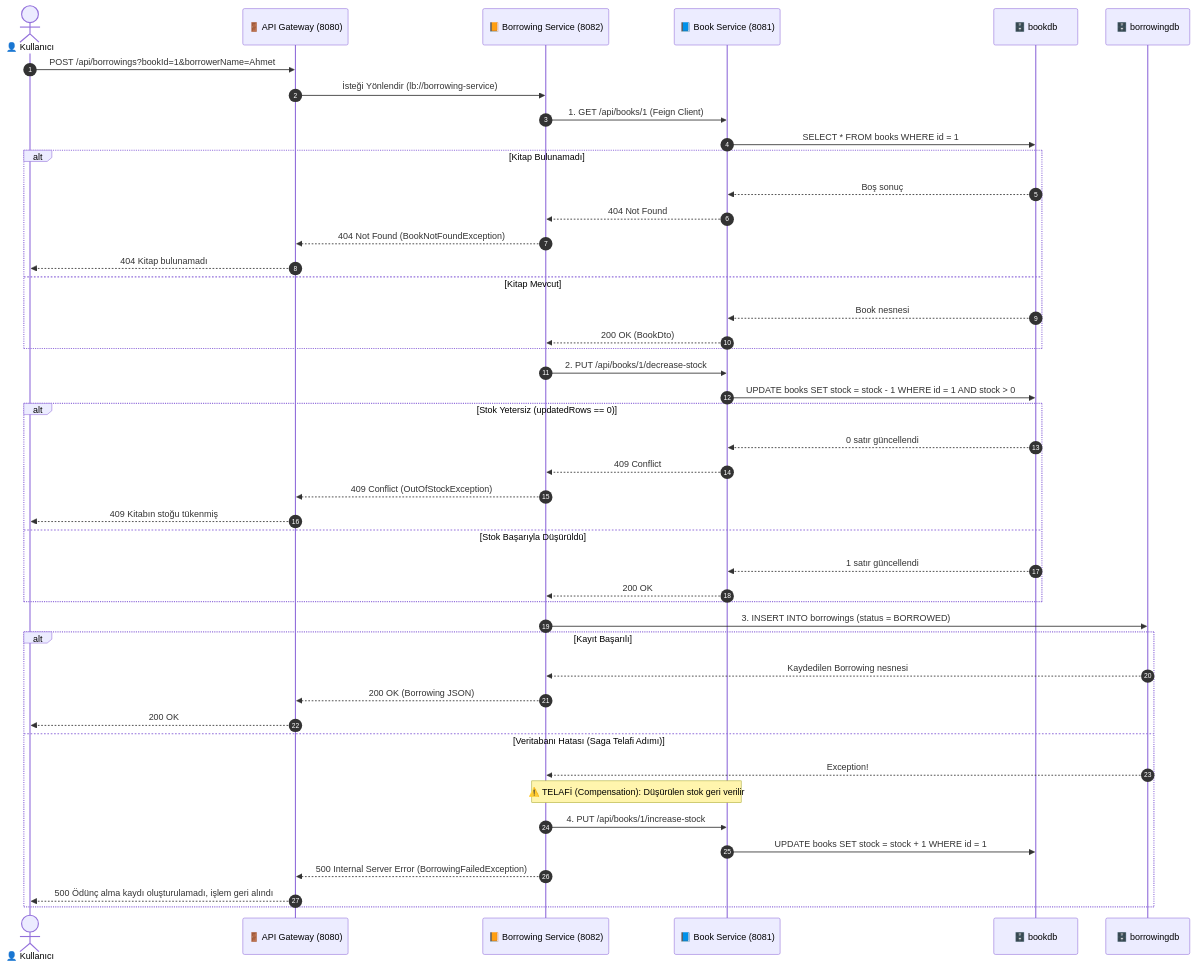
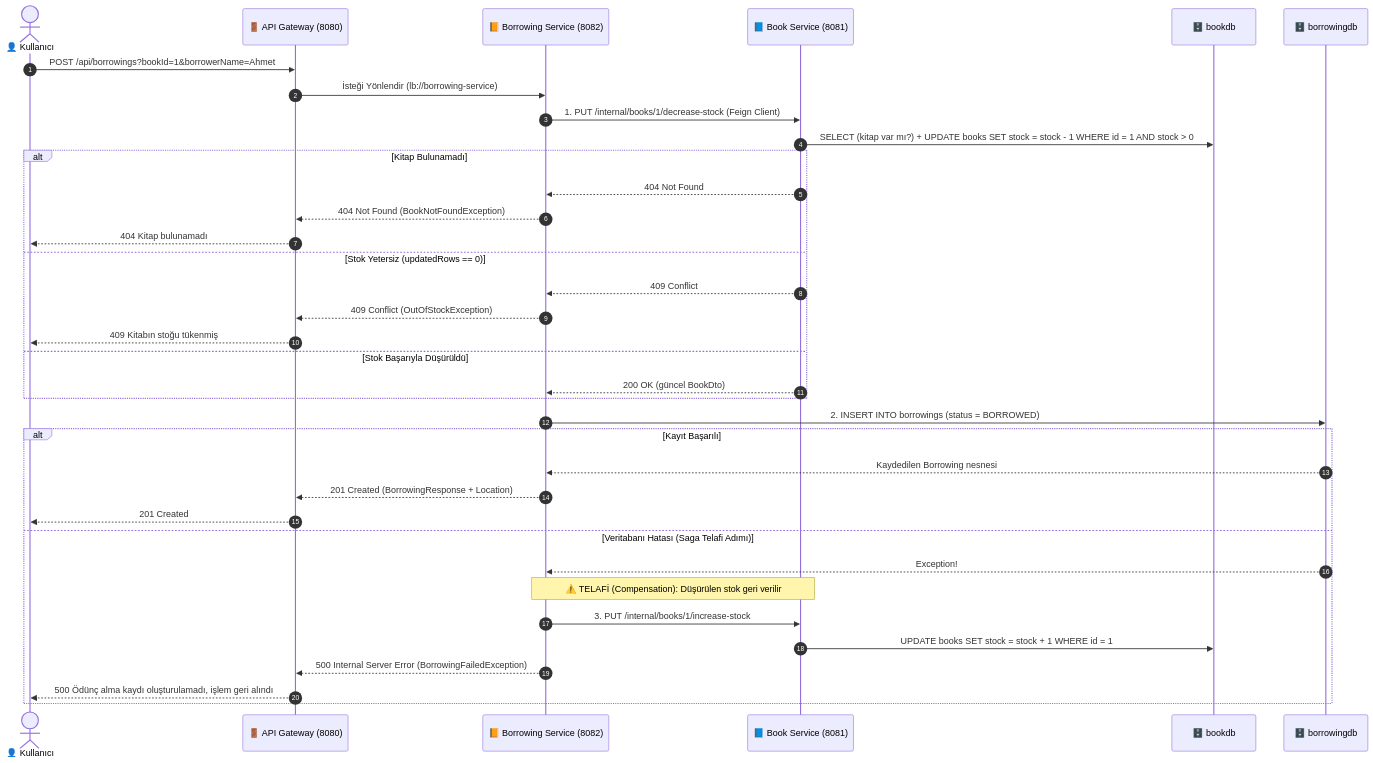
The second of 3 diagrams in README.md (eminortaca/kutuphane-mikroservis), drawn with Mermaid before and after one commit. The commit also changed other lines of this file and 14 other files, not shown here.

First line of the commit message:
refactor: faz 0 iyilestirmeleri, internal stok endpointleri ve response DTO'lar eklendi

````diff
--- a/README.md
+++ b/README.md
@@ -184,51 +189,41 @@
 ```mermaid
 sequenceDiagram
     autonumber
     actor User as 👤 Kullanıcı
     participant GW as 🚪 API Gateway (8080)
     participant BRS as 📙 Borrowing Service (8082)
     participant BS as 📘 Book Service (8081)
     participant BookDB as 🗄️ bookdb
     participant BorrowDB as 🗄️ borrowingdb
 
     User->>GW: POST /api/borrowings?bookId=1&borrowerName=Ahmet
     GW->>BRS: İsteği Yönlendir (lb://borrowing-service)
     
-    BRS->>BS: 1. GET /api/books/1 (Feign Client)
-    BS->>BookDB: SELECT * FROM books WHERE id = 1
+    BRS->>BS: 1. PUT /internal/books/1/decrease-stock (Feign Client)
+    BS->>BookDB: SELECT (kitap var mı?) + UPDATE books SET stock = stock - 1 WHERE id = 1 AND stock > 0
     alt Kitap Bulunamadı
-        BookDB-->>BS: Boş sonuç
         BS-->>BRS: 404 Not Found
         BRS-->>GW: 404 Not Found (BookNotFoundException)
         GW-->>User: 404 Kitap bulunamadı
-    else Kitap Mevcut
-        BookDB-->>BS: Book nesnesi
-        BS-->>BRS: 200 OK (BookDto)
-    end
-
-    BRS->>BS: 2. PUT /api/books/1/decrease-stock
-    BS->>BookDB: UPDATE books SET stock = stock - 1 WHERE id = 1 AND stock > 0
-    alt Stok Yetersiz (updatedRows == 0)
-        BookDB-->>BS: 0 satır güncellendi
+    else Stok Yetersiz (updatedRows == 0)
         BS-->>BRS: 409 Conflict
         BRS-->>GW: 409 Conflict (OutOfStockException)
         GW-->>User: 409 Kitabın stoğu tükenmiş
     else Stok Başarıyla Düşürüldü
-        BookDB-->>BS: 1 satır güncellendi
-        BS-->>BRS: 200 OK
+        BS-->>BRS: 200 OK (güncel BookDto)
     end
 
-    BRS->>BorrowDB: 3. INSERT INTO borrowings (status = BORROWED)
+    BRS->>BorrowDB: 2. INSERT INTO borrowings (status = BORROWED)
     alt Kayıt Başarılı
         BorrowDB-->>BRS: Kaydedilen Borrowing nesnesi
-        BRS-->>GW: 200 OK (Borrowing JSON)
-        GW-->>User: 200 OK
+        BRS-->>GW: 201 Created (BorrowingResponse + Location)
+        GW-->>User: 201 Created
     else Veritabanı Hatası (Saga Telafi Adımı)
         BorrowDB-->>BRS: Exception!
         Note over BRS,BS: ⚠️ TELAFİ (Compensation): Düşürülen stok geri verilir
-        BRS->>BS: 4. PUT /api/books/1/increase-stock
+        BRS->>BS: 3. PUT /internal/books/1/increase-stock
         BS->>BookDB: UPDATE books SET stock = stock + 1 WHERE id = 1
         BRS-->>GW: 500 Internal Server Error (BorrowingFailedException)
         GW-->>User: 500 Ödünç alma kaydı oluşturulamadı, işlem geri alındı
     end
 ```
````
